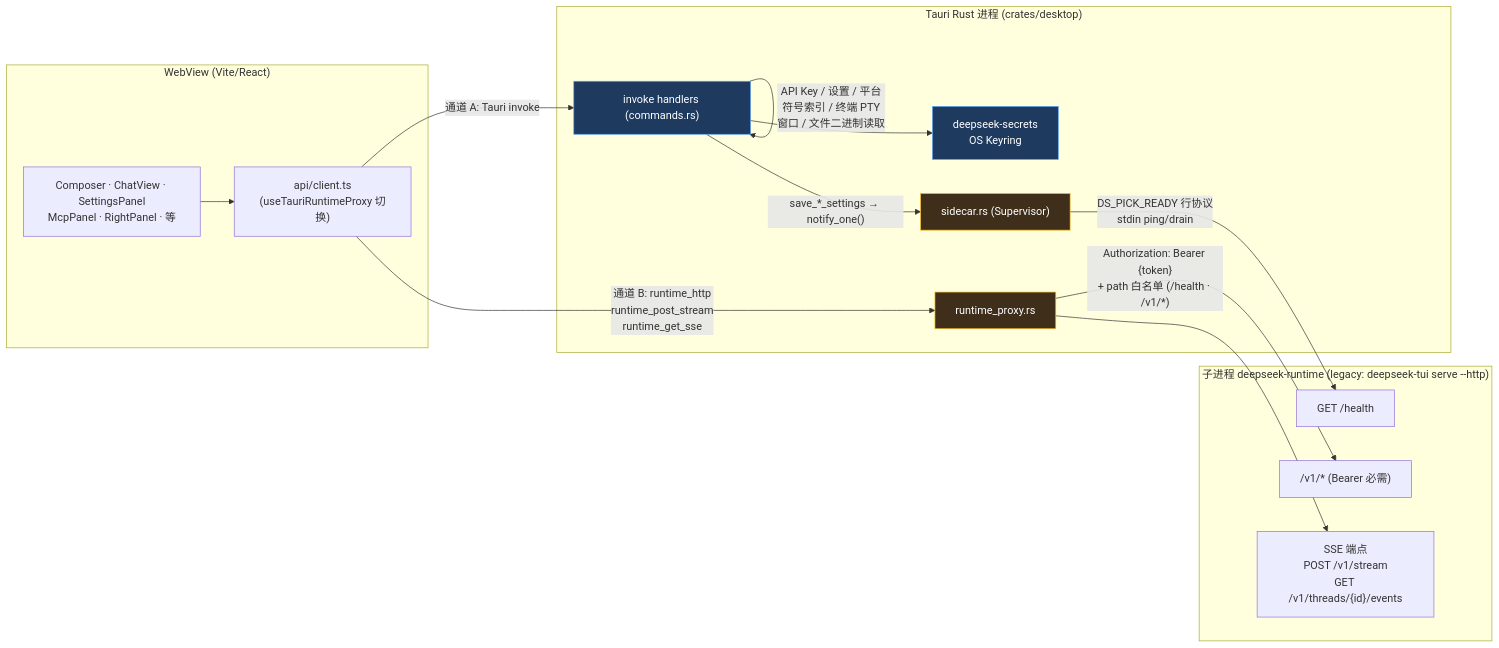
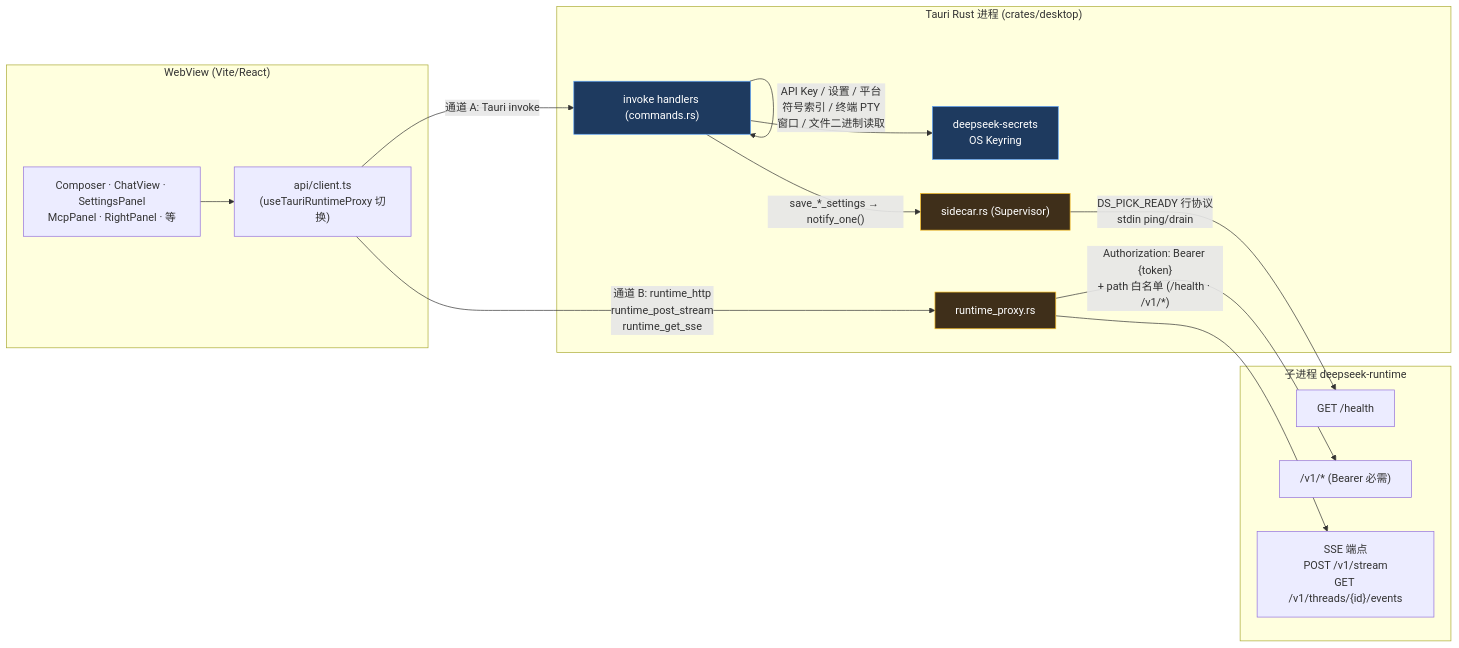
One commit to didclawapp-ai/zagens changed the fourth of 5 diagrams in docs/tech/RUNTIME_ARCHITECTURE.md. Above: the diagram before and after it, drawn with Mermaid. The commit also changed other lines of this file and 15 other files, not shown here.

````diff
--- a/docs/tech/RUNTIME_ARCHITECTURE.md
+++ b/docs/tech/RUNTIME_ARCHITECTURE.md
@@ -311,37 +292,37 @@
 ```mermaid
 flowchart LR
     subgraph webview["WebView (Vite/React)"]
         UI["Composer · ChatView · SettingsPanel<br/>McpPanel · RightPanel · 等"]
         CLIENT["api/client.ts<br/>(useTauriRuntimeProxy 切换)"]
     end
 
     subgraph rust["Tauri Rust 进程 (crates/desktop)"]
         IPC["invoke handlers (commands.rs)"]
         RP["runtime_proxy.rs"]
         SC["sidecar.rs (Supervisor)"]
         KR["deepseek-secrets<br/>OS Keyring"]
     end
 
-    subgraph child["子进程 deepseek-runtime (legacy: deepseek-tui serve --http)"]
+    subgraph child["子进程 deepseek-runtime"]
         HEALTH["GET /health"]
         V1["/v1/* (Bearer 必需)"]
         SSE["SSE 端点<br/>POST /v1/stream<br/>GET /v1/threads/{id}/events"]
     end
 
     UI --> CLIENT
 
     CLIENT -- "通道 A: Tauri invoke" --> IPC
     IPC -- "API Key / 设置 / 平台<br/>符号索引 / 终端 PTY<br/>窗口 / 文件二进制读取" --> IPC
     IPC --> KR
     IPC -- "save_*_settings → notify_one()" --> SC
 
     CLIENT -- "通道 B: runtime_http<br/>runtime_post_stream<br/>runtime_get_sse" --> RP
     RP -- "Authorization: Bearer {token}<br/>+ path 白名单 (/health · /v1/*)" --> V1
     RP --> SSE
     SC -- "DS_PICK_READY 行协议<br/>stdin ping/drain" --> HEALTH
 
     classDef a fill:#1e3a5f,stroke:#60a5fa,color:#fff
     classDef b fill:#3f2f1a,stroke:#fbbf24,color:#fff
     class IPC,KR a
     class RP,SC b
 ```
````
